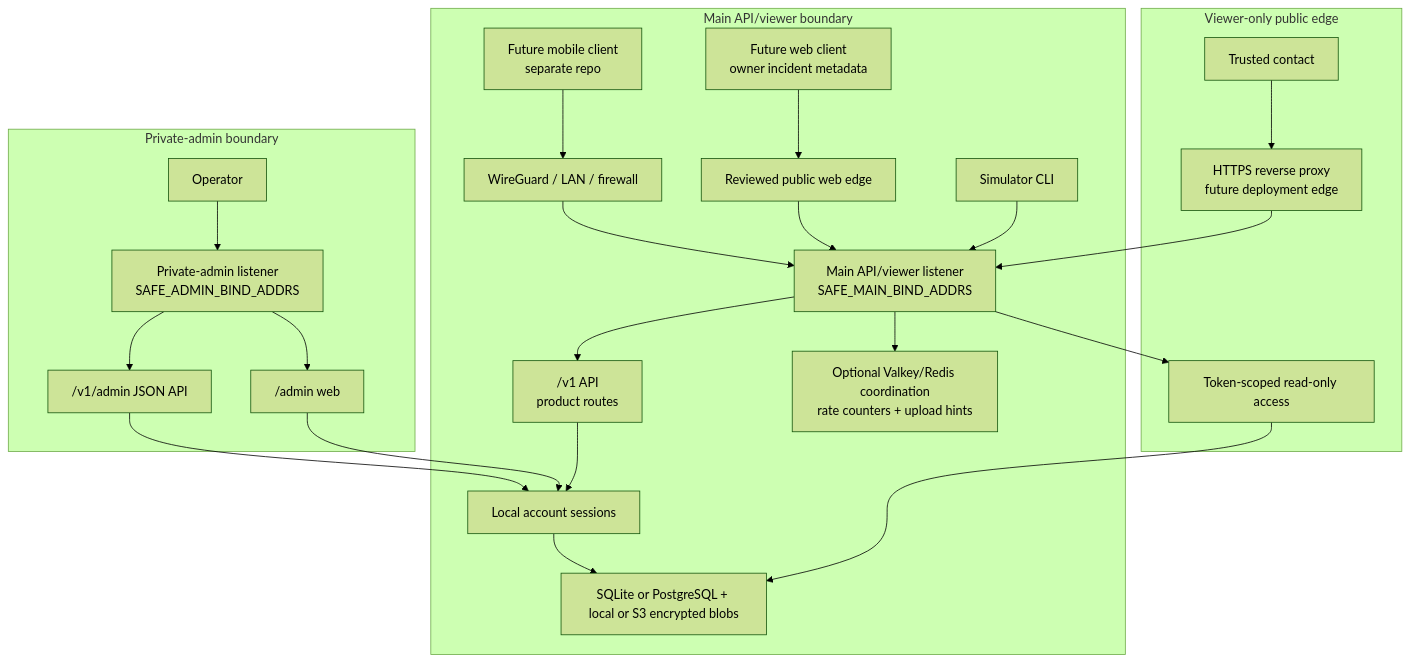
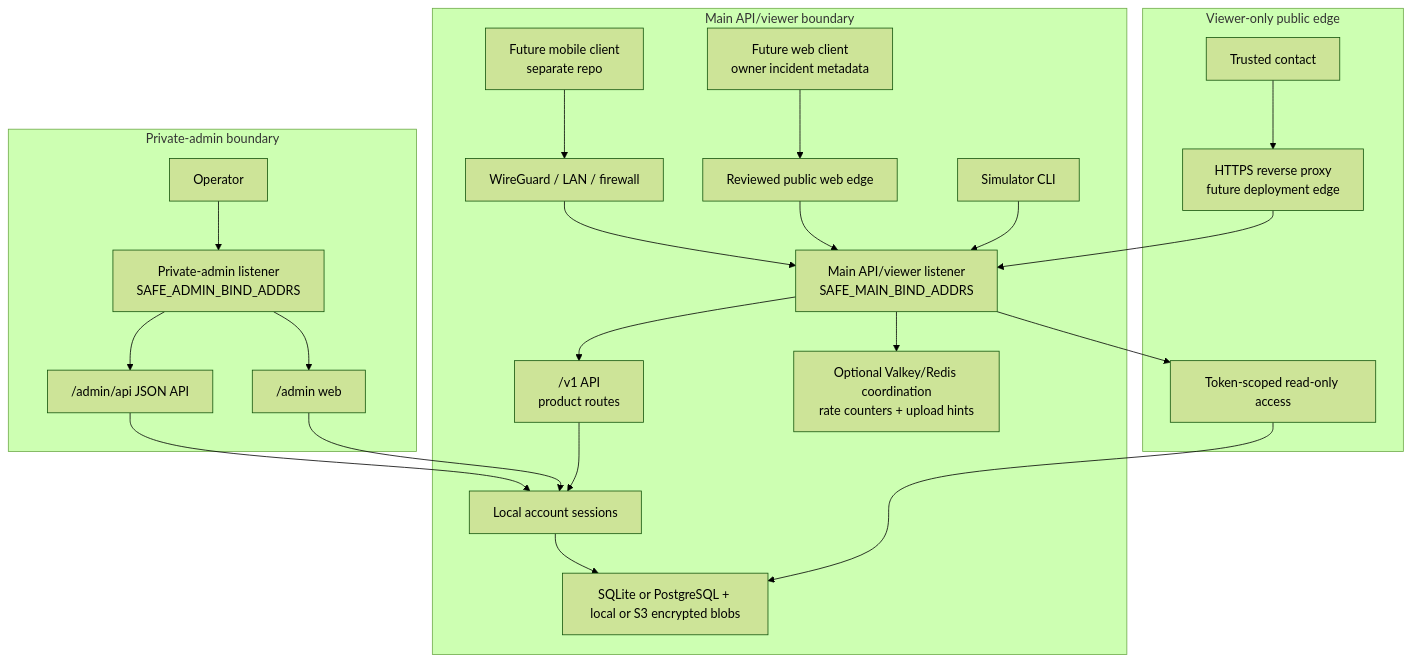
One commit to TheSilkky/safety-recorder changed the second of 4 diagrams in docs/architecture.md. Above: the diagram before and after it, drawn with Mermaid (forest theme). The commit also changed other lines of this file and 42 other files, not shown here.

Commit message:
Rename private admin JSON namespace (#313)

````diff
--- a/docs/architecture.md
+++ b/docs/architecture.md
@@ -121,29 +121,29 @@
 ```mermaid
 flowchart TB
     subgraph MainBoundary["Main API/viewer boundary"]
         FuturePhone["Future mobile client<br/>separate repo"] --> WireGuard["WireGuard / LAN / firewall"]
         FutureWeb["Future web client<br/>owner incident metadata"] --> ReviewedEdge["Reviewed public web edge"]
         Simulator["Simulator CLI"] --> MainListener["Main API/viewer listener<br/>SAFE_MAIN_BIND_ADDRS"]
         WireGuard --> MainListener
         ReviewedEdge --> MainListener
         MainListener --> V1["/v1 API<br/>product routes"]
         V1 --> Auth["Local account sessions"]
         Auth --> Storage["SQLite or PostgreSQL + local or S3 encrypted blobs"]
         MainListener --> Coordination["Optional Valkey/Redis coordination<br/>rate counters + upload hints"]
     end
 
     subgraph PublicEdge["Viewer-only public edge"]
         TrustedContact["Trusted contact"] --> HTTPS["HTTPS reverse proxy<br/>future deployment edge"]
         HTTPS --> MainListener
         MainListener --> ReadOnly["Token-scoped read-only access"]
         ReadOnly --> Storage
     end
 
     subgraph AdminBoundary["Private-admin boundary"]
         AdminClient["Operator"] --> AdminListener["Private-admin listener<br/>SAFE_ADMIN_BIND_ADDRS"]
-        AdminListener --> AdminAPI["/v1/admin JSON API"]
+        AdminListener --> AdminAPI["/admin/api JSON API"]
         AdminListener --> AdminWeb["/admin web"]
         AdminAPI --> Auth
         AdminWeb --> Auth
     end
 ```
````
